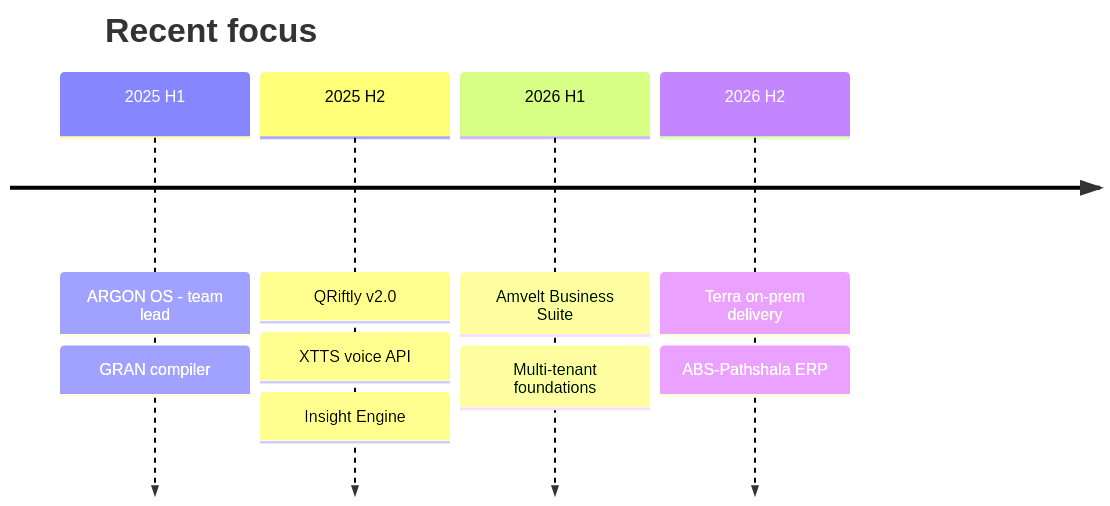
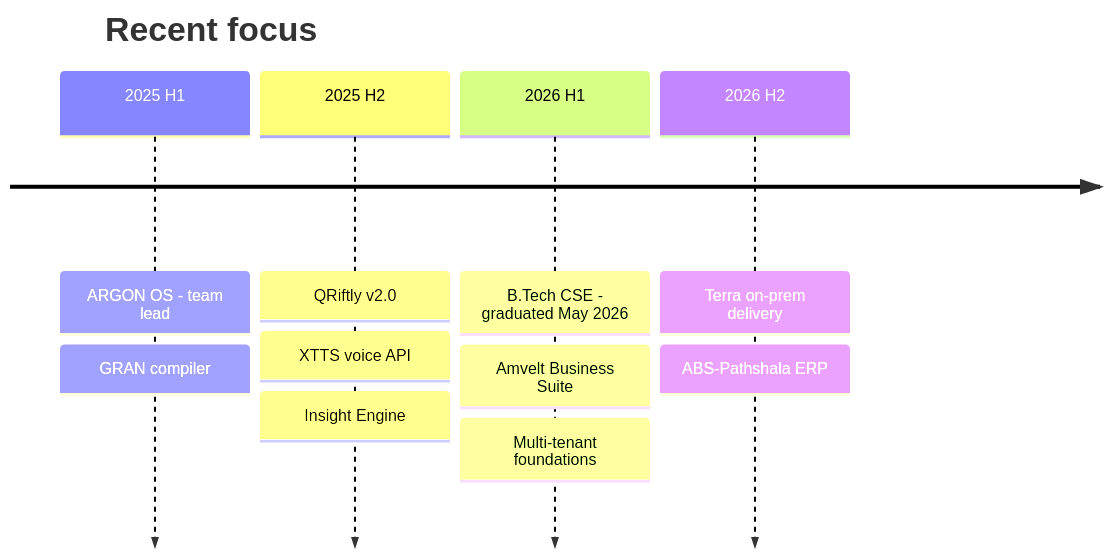
One commit to anubhav-n-mishra/anubhav-n-mishra changed the second of 2 diagrams in README.md. Above: the diagram before and after it, drawn with Mermaid. The commit also changed other lines of this file, not shown here.

````diff
--- a/README.md
+++ b/README.md
@@ -210,8 +212,8 @@
 ```mermaid
 timeline
     title Recent focus
     2025 H1 : ARGON OS - team lead : GRAN compiler
     2025 H2 : QRiftly v2.0 : XTTS voice API : Insight Engine
-    2026 H1 : Amvelt Business Suite : Multi-tenant foundations
+    2026 H1 : B.Tech CSE - graduated May 2026 : Amvelt Business Suite : Multi-tenant foundations
     2026 H2 : Terra on-prem delivery : ABS-Pathshala ERP
 ```
````
